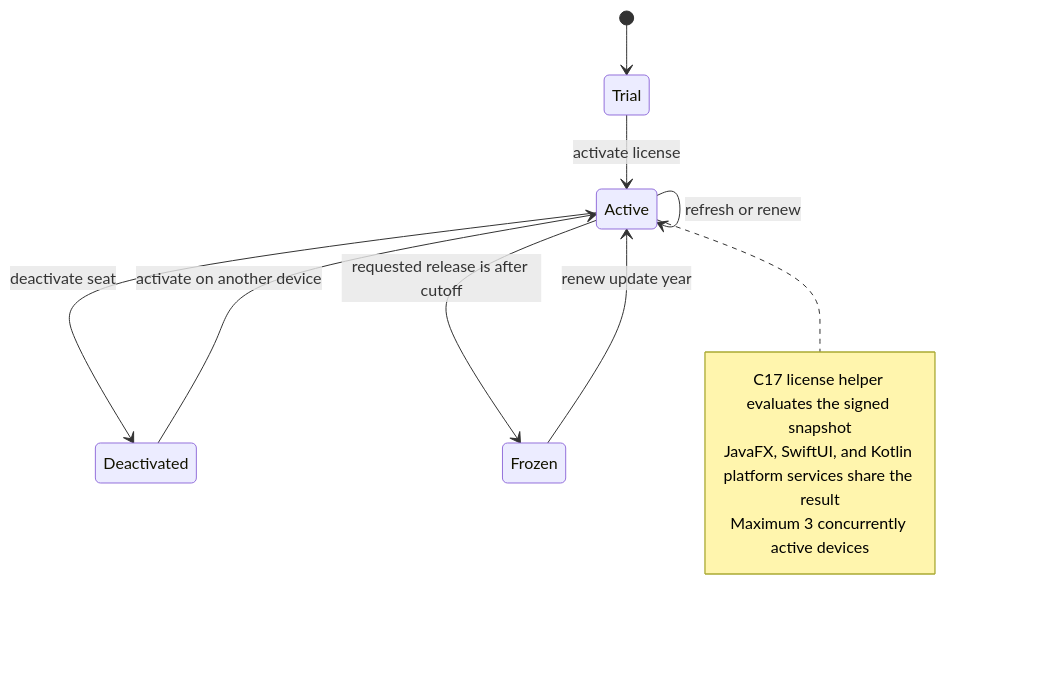
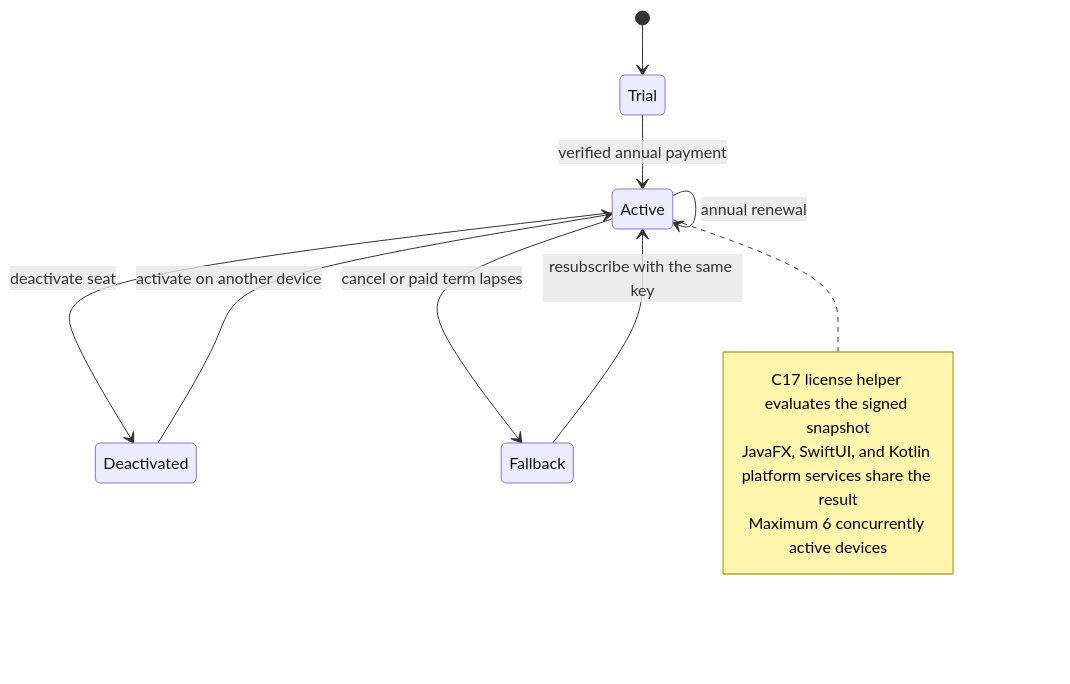
Before and after one commit to JohnThre/clambhook: the fourth of 4 diagrams in README.md, drawn with Mermaid. The commit also changed other lines of this file and 34 other files, not shown here.

````diff
--- a/README.md
+++ b/README.md
@@ -220,16 +220,16 @@
 ```mermaid
 stateDiagram-v2
     [*] --> Trial
-    Trial --> Active: activate license
-    Active --> Active: refresh or renew
+    Trial --> Active: verified annual payment
+    Active --> Active: annual renewal
     Active --> Deactivated: deactivate seat
     Deactivated --> Active: activate on another device
-    Active --> Frozen: requested release is after cutoff
-    Frozen --> Active: renew update year
+    Active --> Fallback: cancel or paid term lapses
+    Fallback --> Active: resubscribe with the same key
 
     note right of Active
         C17 license helper evaluates the signed snapshot
         JavaFX, SwiftUI, and Kotlin platform services share the result
-        Maximum 3 concurrently active devices
+        Maximum 6 concurrently active devices
     end note
 ```
````
